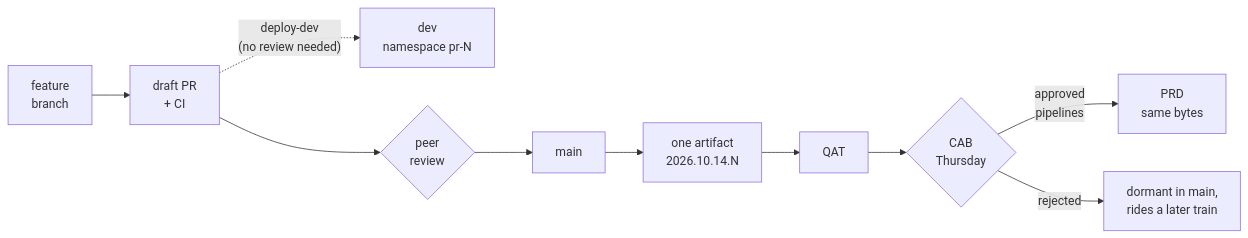
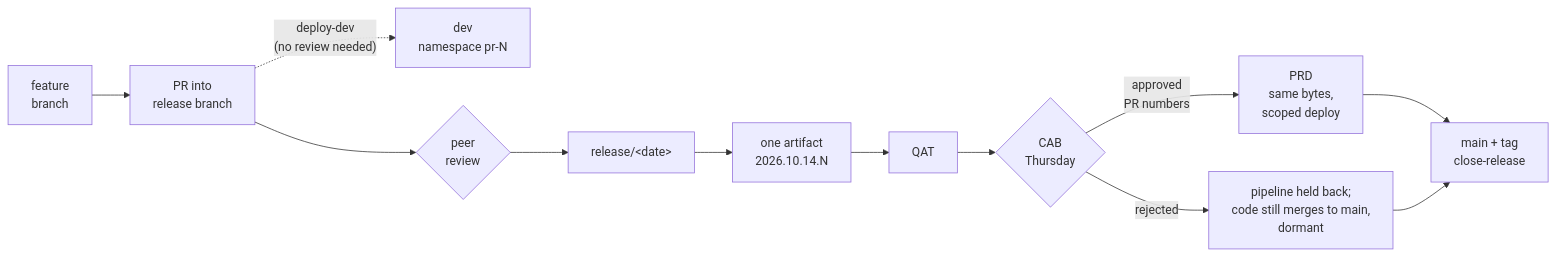
One commit to vkriskanth/dataops-test changed the diagram in README.md. Above: the diagram before and after it, drawn with Mermaid. The commit also changed other lines of this file and 10 other files, not shown here.

````diff
--- a/README.md
+++ b/README.md
@@ -32,12 +35,14 @@
 ```mermaid
 flowchart LR
-    FB["feature<br/>branch"] --> PR["draft PR<br/>+ CI"]
+    FB["feature<br/>branch"] --> PR["PR into<br/>release branch"]
     PR -. "deploy-dev<br/>(no review needed)" .-> DEV["dev<br/>namespace pr-N"]
     PR --> REV{"peer<br/>review"}
-    REV --> MAIN["main"]
-    MAIN --> ART["one artifact<br/>2026.10.14.N"]
+    REV --> REL["release/&lt;date&gt;"]
+    REL --> ART["one artifact<br/>2026.10.14.N"]
     ART --> QAT["QAT"]
     QAT --> CAB{"CAB<br/>Thursday"}
-    CAB -- "approved<br/>pipelines" --> PROD["PRD<br/>same bytes"]
-    CAB -- rejected --> HOLD["dormant in main,<br/>rides a later train"]
+    CAB -- "approved<br/>PR numbers" --> PROD["PRD<br/>same bytes,<br/>scoped deploy"]
+    PROD --> MAIN["main + tag<br/>close-release"]
+    CAB -- rejected --> HOLD["pipeline held back;<br/>code still merges to main,<br/>dormant"]
+    HOLD --> MAIN
 ```
````
